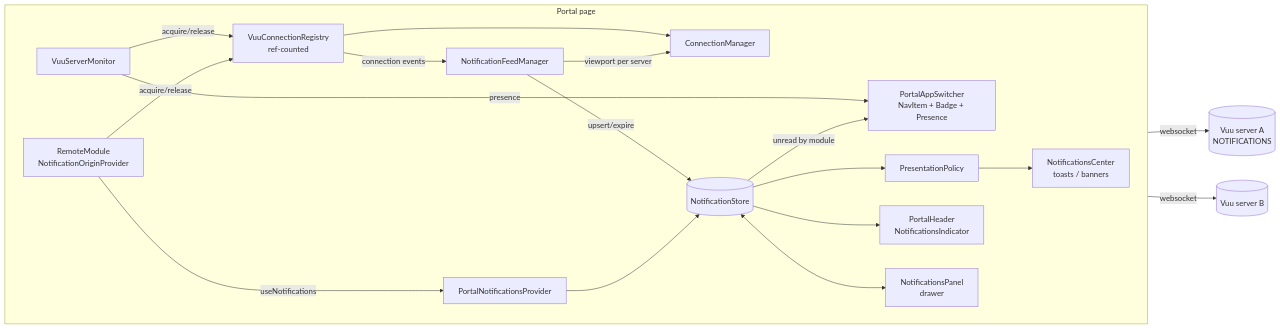
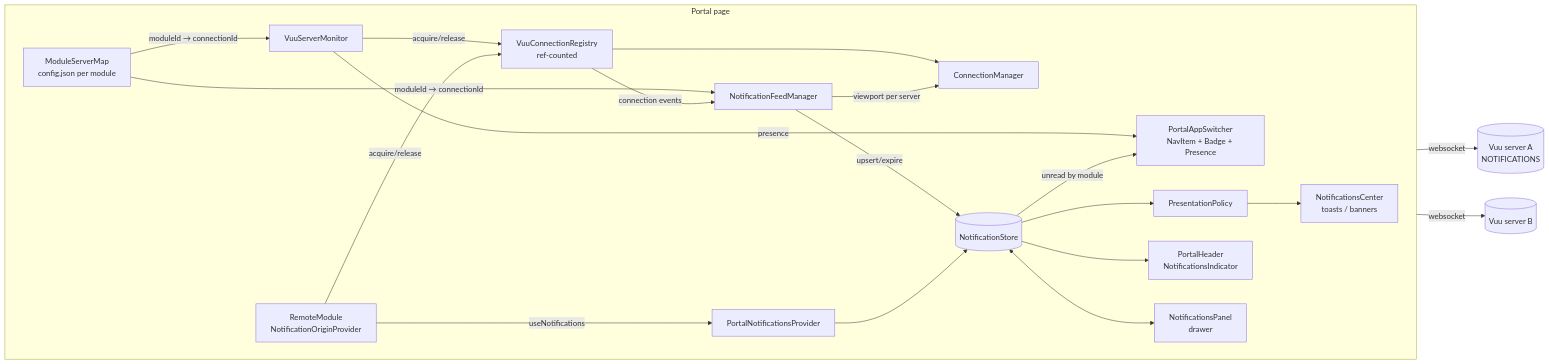
One commit to finos/vuu changed the first of 2 diagrams in vuu-ui/packages/core/docs/portal-notifications-design.md. Above: the diagram before and after it, drawn with Mermaid. The commit also changed other lines of this file, not shown here.

First line of the commit message:
docs(portal): revise notifications design for per-remote config.json

````diff
--- a/vuu-ui/packages/core/docs/portal-notifications-design.md
+++ b/vuu-ui/packages/core/docs/portal-notifications-design.md
@@ -183,36 +223,39 @@
 ```mermaid
 flowchart LR
   subgraph Portal page
     direction LR
     AS[PortalAppSwitcher<br/>NavItem + Badge + Presence]
     HD[PortalHeader<br/>NotificationsIndicator]
     NP[NotificationsPanel<br/>drawer]
     PNP[PortalNotificationsProvider]
     STORE[(NotificationStore)]
     POL[PresentationPolicy]
     NC[NotificationsCenter<br/>toasts / banners]
     MON[VuuServerMonitor]
+    MSM[ModuleServerMap<br/>config.json per module]
     FM[NotificationFeedManager]
     REG[VuuConnectionRegistry<br/>ref-counted]
     CM[ConnectionManager]
     RM[RemoteModule<br/>NotificationOriginProvider]
   end
   SRV1[(Vuu server A<br/>NOTIFICATIONS)]
   SRV2[(Vuu server B)]
 
+  MSM -- moduleId → connectionId --> MON
+  MSM -- moduleId → connectionId --> FM
   MON -- acquire/release --> REG
   RM -- acquire/release --> REG
   REG --> CM
   CM -- websocket --> SRV1
   CM -- websocket --> SRV2
   REG -- connection events --> FM
   FM -- viewport per server --> CM
   FM -- upsert/expire --> STORE
   RM -- useNotifications --> PNP
   PNP --> STORE
   STORE --> POL --> NC
   MON -- presence --> AS
   STORE -- unread by module --> AS
   STORE --> HD
   STORE <--> NP
 ```
````
